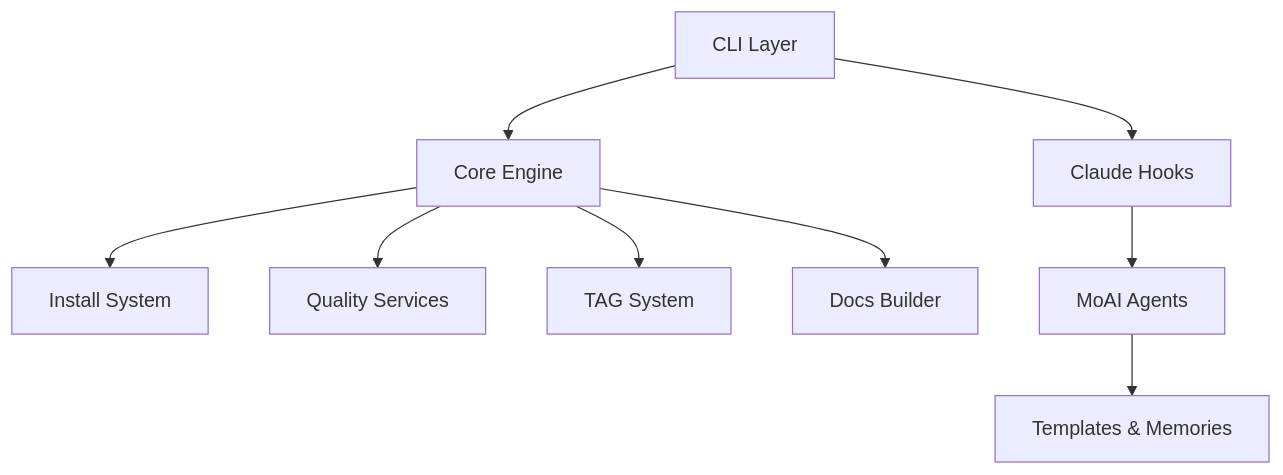
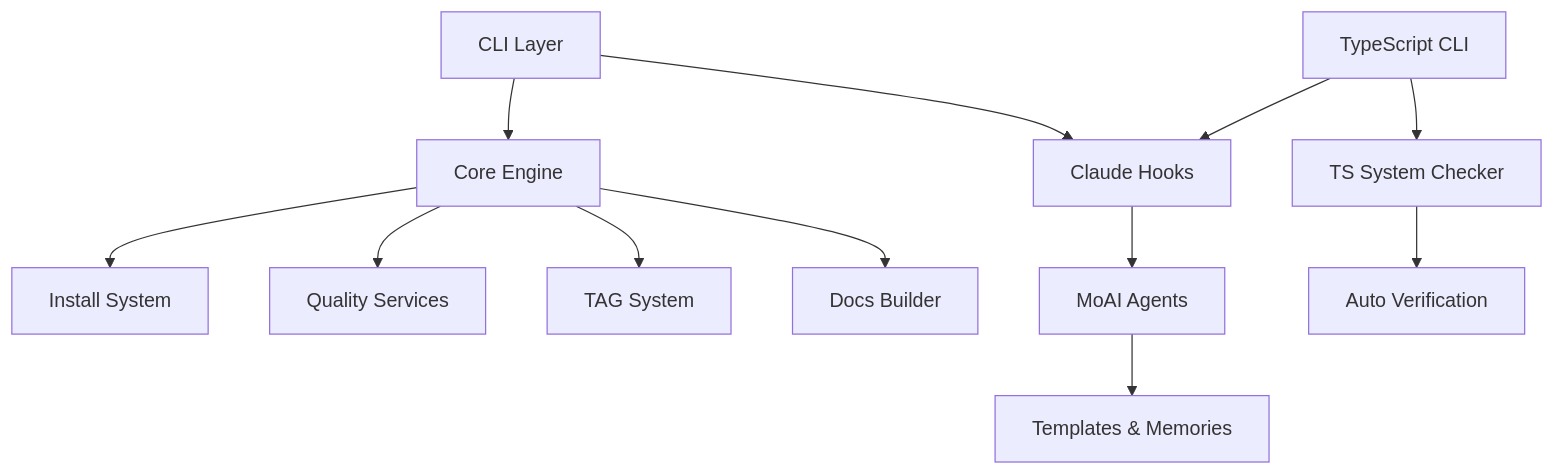
The first of 2 diagrams in README.md (modu-ai/moai-adk), drawn with Mermaid before and after one commit. The commit also changed other lines of this file and 4 other files, not shown here.

````diff
--- a/README.md
+++ b/README.md
@@ -70,11 +97,14 @@
 ```mermaid
 graph TD
     CLI[CLI Layer] --> Engine[Core Engine]
+    TS[TypeScript CLI] --> TSCore[TS System Checker]
     Engine --> Install[Install System]
     Engine --> Quality[Quality Services]
     Engine --> Tags[TAG System]
     Engine --> Docs[Docs Builder]
     CLI --> Hooks[Claude Hooks]
+    TS --> Hooks
     Hooks --> Agents[MoAI Agents]
     Agents --> Resources[Templates & Memories]
+    TSCore --> Verification[Auto Verification]
 ```
````
